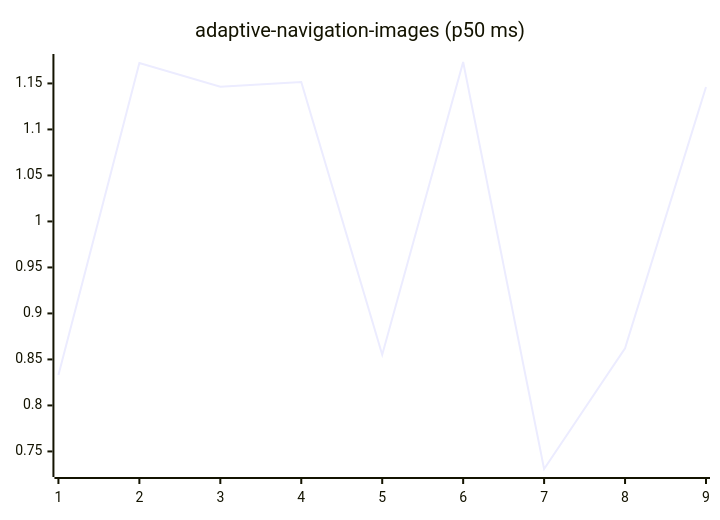
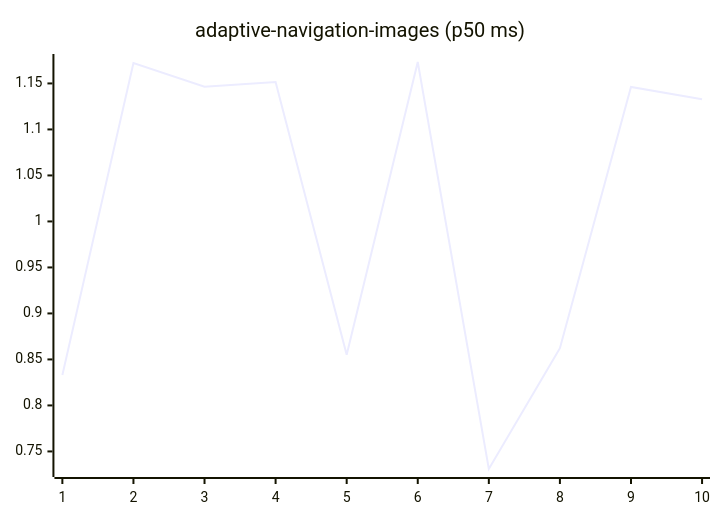
Before and after one commit to josha/Facet: the first of 27 diagrams in README.md, drawn with Mermaid. The commit also changed other lines of this file and 2 other files, not shown here.

````diff
--- a/README.md
+++ b/README.md
@@ -63,6 +63,6 @@
 ```mermaid
 xychart-beta
     title "adaptive-navigation-images (p50 ms)"
-    x-axis 1 --> 9
-    line [0.8330, 1.1721, 1.1465, 1.1515, 0.8551, 1.1733, 0.7309, 0.8622, 1.1462]
+    x-axis 1 --> 10
+    line [0.8330, 1.1721, 1.1465, 1.1515, 0.8551, 1.1733, 0.7309, 0.8622, 1.1462, 1.1328]
 ```
````
